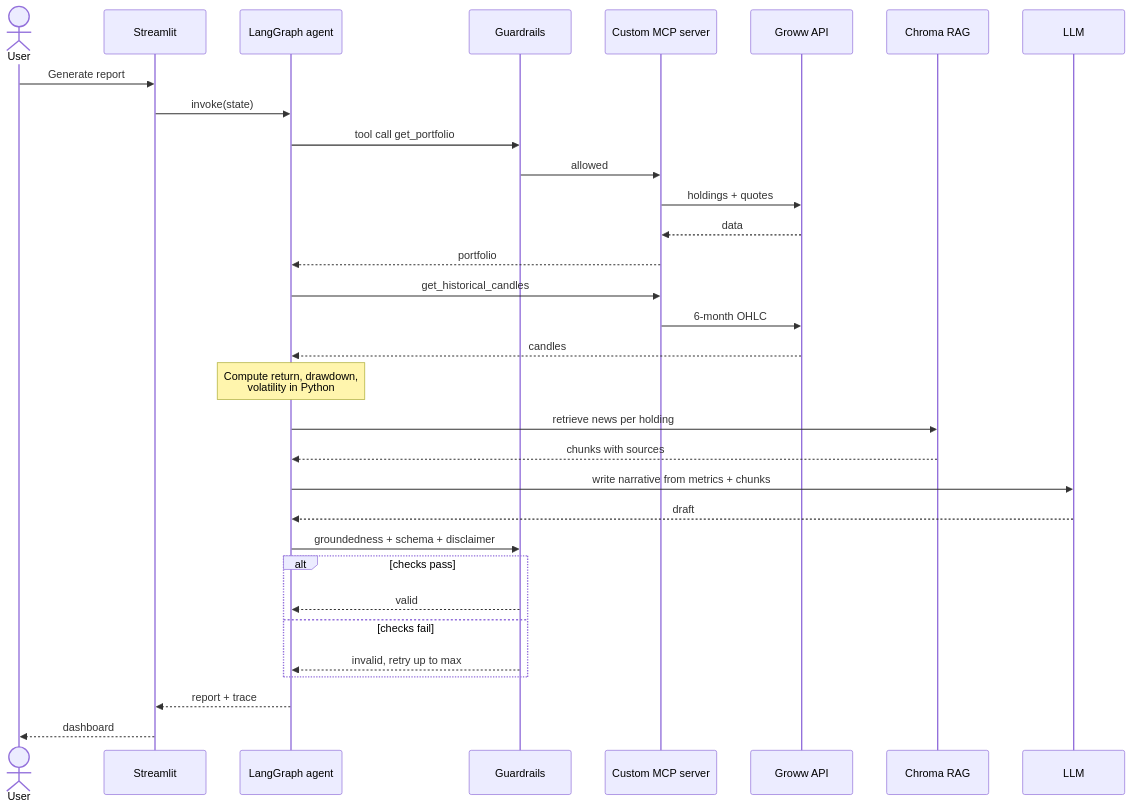
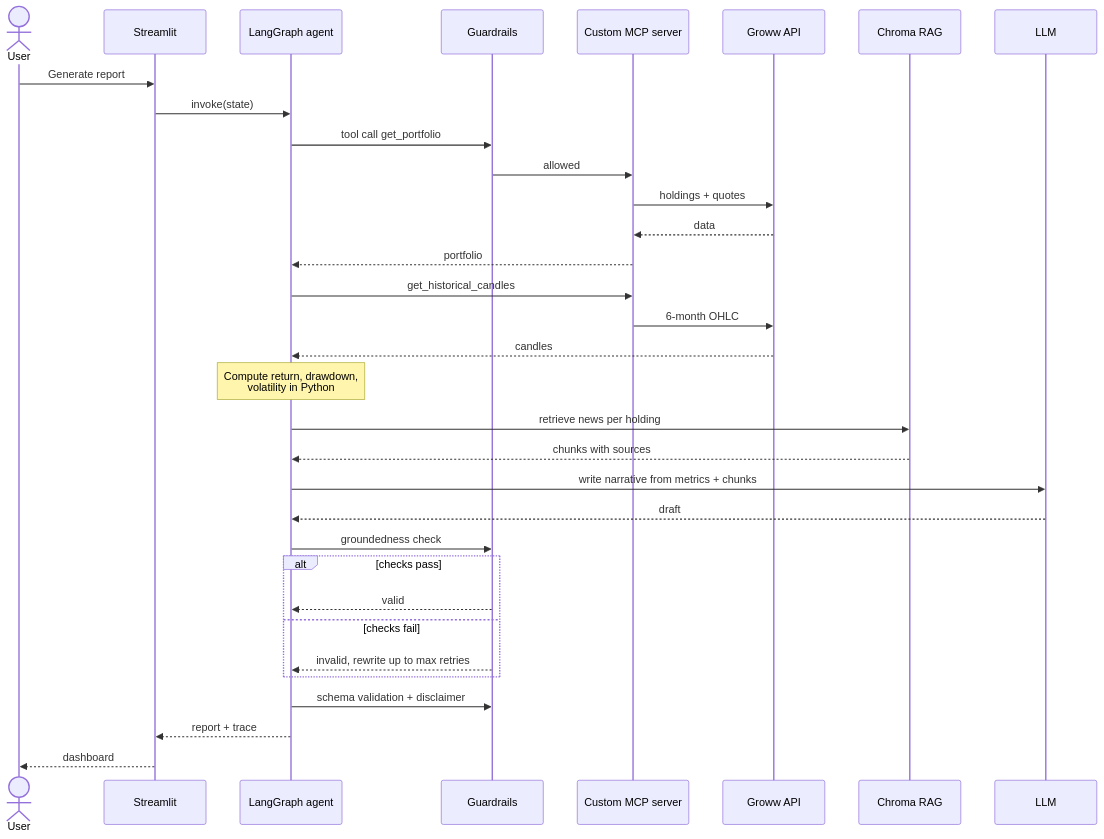
One commit to BeastHarsha/StockRecommendationSystem changed the third of 3 diagrams in README.md. Above: the diagram before and after it, drawn with Mermaid. The commit also changed other lines of this file and 26 other files, not shown here.

````diff
--- a/README.md
+++ b/README.md
@@ -103,35 +115,36 @@
 ```mermaid
 sequenceDiagram
     actor U as User
     participant UI as Streamlit
     participant AG as LangGraph agent
     participant GR as Guardrails
     participant MCP as Custom MCP server
     participant GW as Groww API
     participant RAG as Chroma RAG
     participant LLM as LLM
 
     U->>UI: Generate report
     UI->>AG: invoke(state)
     AG->>GR: tool call get_portfolio
     GR->>MCP: allowed
     MCP->>GW: holdings + quotes
     GW-->>MCP: data
     MCP-->>AG: portfolio
     AG->>MCP: get_historical_candles
     MCP->>GW: 6-month OHLC
     GW-->>AG: candles
     Note over AG: Compute return, drawdown,<br/>volatility in Python
     AG->>RAG: retrieve news per holding
     RAG-->>AG: chunks with sources
     AG->>LLM: write narrative from metrics + chunks
     LLM-->>AG: draft
-    AG->>GR: groundedness + schema + disclaimer
+    AG->>GR: groundedness check
     alt checks pass
         GR-->>AG: valid
     else checks fail
-        GR-->>AG: invalid, retry up to max
+        GR-->>AG: invalid, rewrite up to max retries
     end
+    AG->>GR: schema validation + disclaimer
     AG-->>UI: report + trace
     UI-->>U: dashboard
 ```
````
